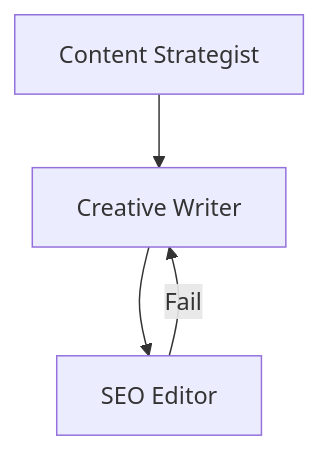
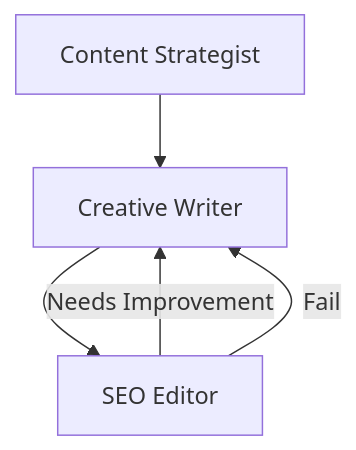
Before and after one commit to APAF-bioinformatics/HydraR: the second of 3 diagrams in docs/articles/blog_writer.md, drawn with Mermaid. The commit also changed other lines of this file and 145 other files, not shown here.

````diff
--- a/docs/articles/blog_writer.md
+++ b/docs/articles/blog_writer.md
@@ -133,9 +126,10 @@
 ``` mermaid
 graph TD
   Outliner["Content Strategist"]
   Drafter["Creative Writer"]
   Editor["SEO Editor"]
   Outliner --> Drafter
   Drafter --> Editor
+  Editor -- Needs Improvement --> Drafter
   Editor -- Fail --> Drafter
 ```
````
